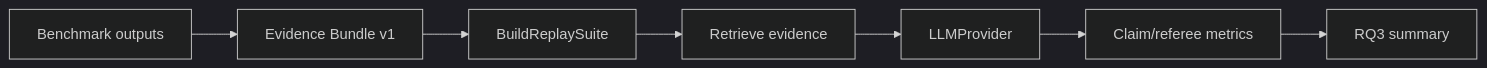
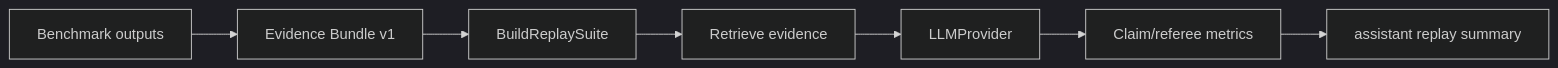
Before and after one commit to JoarEliasson/industrial-tsad-eval: the third of 3 diagrams in docs/architecture.md, drawn with Mermaid (dark theme). The commit also changed other lines of this file and 33 other files, not shown here.

````diff
--- a/docs/architecture.md
+++ b/docs/architecture.md
@@ -105,9 +105,9 @@
 ```mermaid
 flowchart LR
   A["Benchmark outputs"] --> B["Evidence Bundle v1"]
   B --> C["BuildReplaySuite"]
   C --> D["Retrieve evidence"]
   D --> E["LLMProvider"]
   E --> F["Claim/referee metrics"]
-  F --> G["RQ3 summary"]
+  F --> G["assistant replay summary"]
 ```
````
